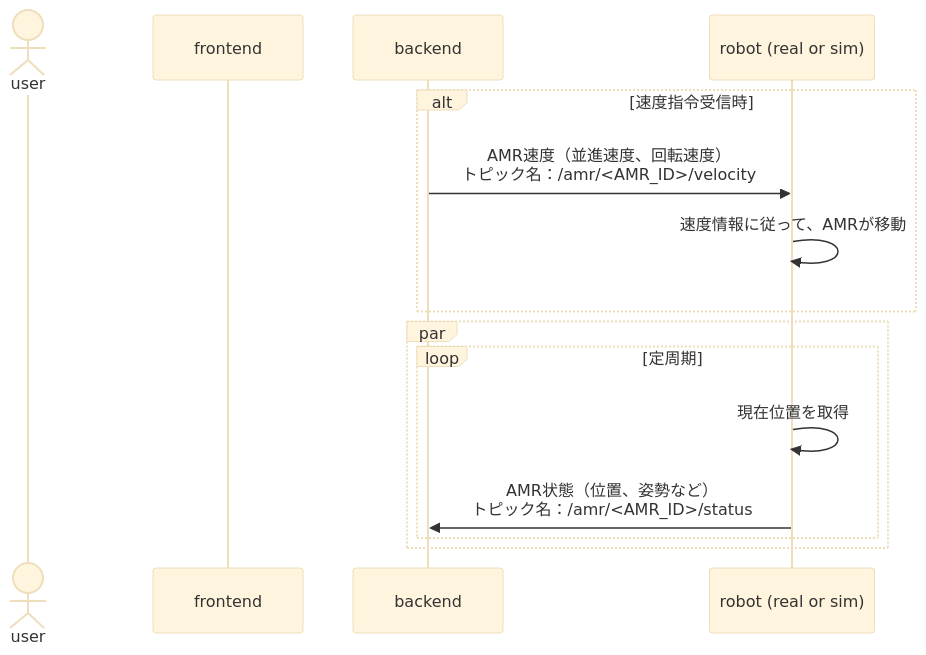
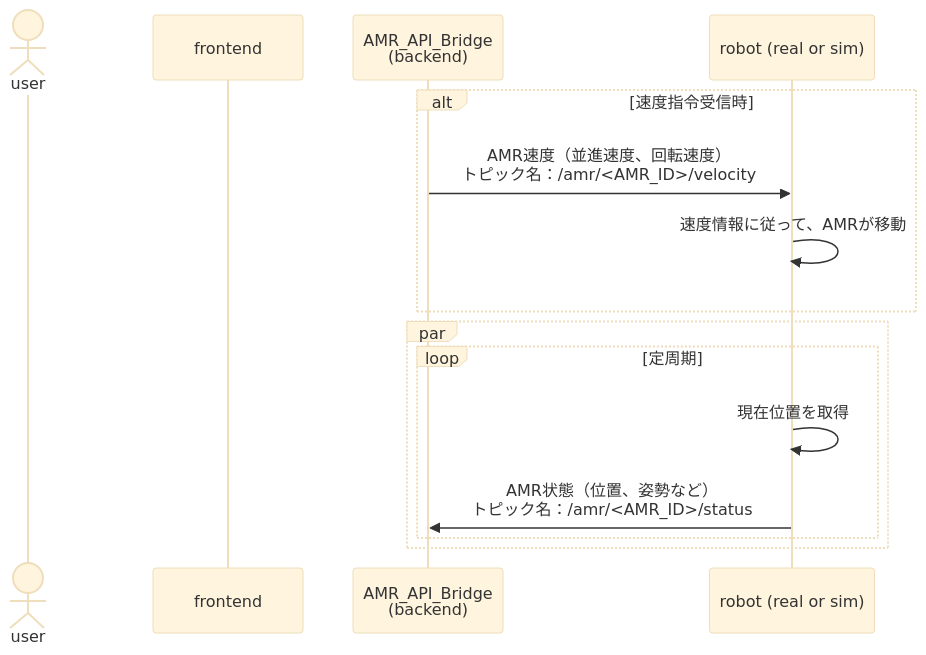
One commit to akinami3/robot-ml-web-app changed the first of 10 diagrams in README.md. Above: the diagram before and after it, drawn with Mermaid (base theme).

````diff
--- a/README.md
+++ b/README.md
@@ -12,19 +12,19 @@
 ```mermaid
 sequenceDiagram
   actor user as user
   participant frontend
-  participant backend
+  participant backend as AMR_API_Bridge<br>(backend)
   participant robot as robot (real or sim)
 
   alt　速度指令受信時
     backend ->> robot: AMR速度（並進速度、回転速度）<br>トピック名：/amr/<AMR_ID>/velocity
     robot ->> robot: 速度情報に従って、AMRが移動
   end
 
   par
     loop 定周期
       robot ->> robot: 現在位置を取得
       robot ->> backend: AMR状態（位置、姿勢など）<br>トピック名：/amr/<AMR_ID>/status
     end
   end
 ```
````
